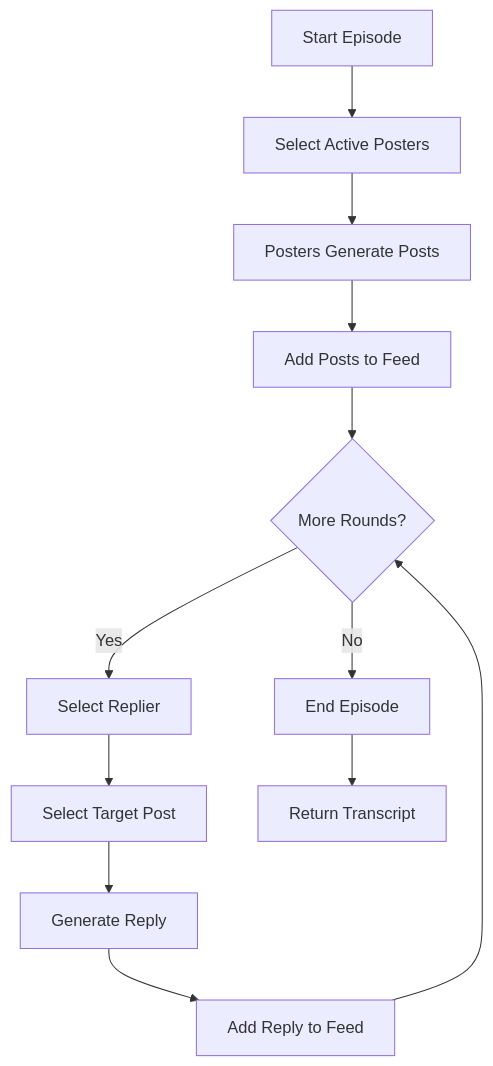
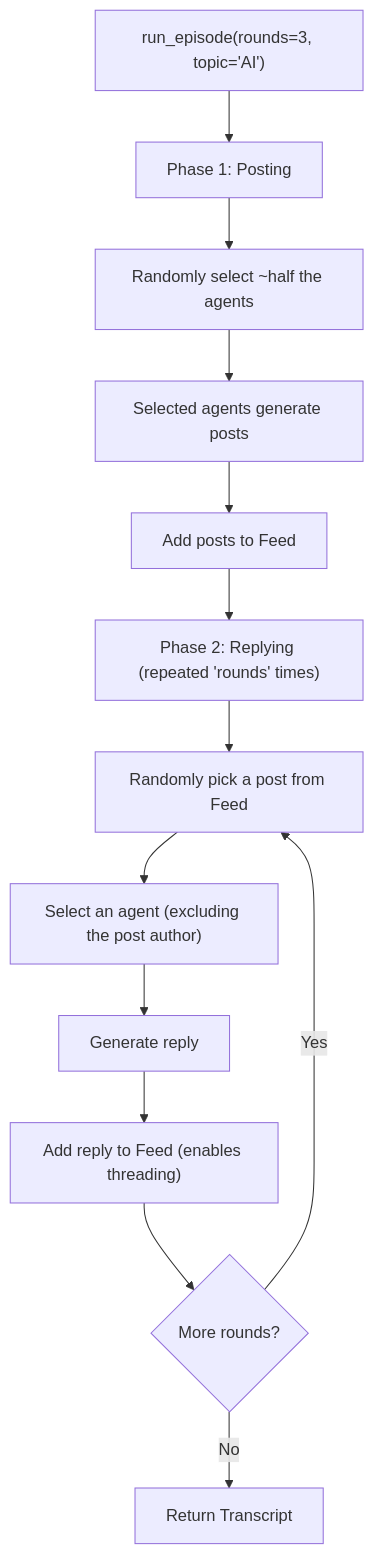
Before and after one commit to Keyhole-Koro/snackPersona: the third of 3 diagrams in simulation/simulation.md, drawn with Mermaid. The commit also changed other lines of this file and 7 other files, not shown here.

Commit message:
docs: Enhance documentation for core modules with detailed overviews, diagrams, and examples for clarity and understanding.

````diff
--- a/simulation/simulation.md
+++ b/simulation/simulation.md
@@ -29,14 +108,15 @@
 ```mermaid
 graph TD
-    A[Start Episode] --> B[Select Active Posters]
-    B --> C[Posters Generate Posts]
-    C --> D[Add Posts to Feed]
-    D --> E{More Rounds?}
-    E -- Yes --> F[Select Replier]
-    F --> G[Select Target Post]
-    G --> H[Generate Reply]
-    H --> I[Add Reply to Feed]
-    I --> E
-    E -- No --> J[End Episode]
-    J --> K[Return Transcript]
+    A["run_episode(rounds=3, topic='AI')"] --> B["Phase 1: Posting"]
+    B --> B1["Randomly select ~half the agents"]
+    B1 --> B2["Selected agents generate posts"]
+    B2 --> B3["Add posts to Feed"]
+    B3 --> C["Phase 2: Replying (repeated 'rounds' times)"]
+    C --> C1["Randomly pick a post from Feed"]
+    C1 --> C2["Select an agent (excluding the post author)"]
+    C2 --> C3["Generate reply"]
+    C3 --> C4["Add reply to Feed (enables threading)"]
+    C4 --> C5{More rounds?}
+    C5 -- Yes --> C1
+    C5 -- No --> D["Return Transcript"]
 ```
````
